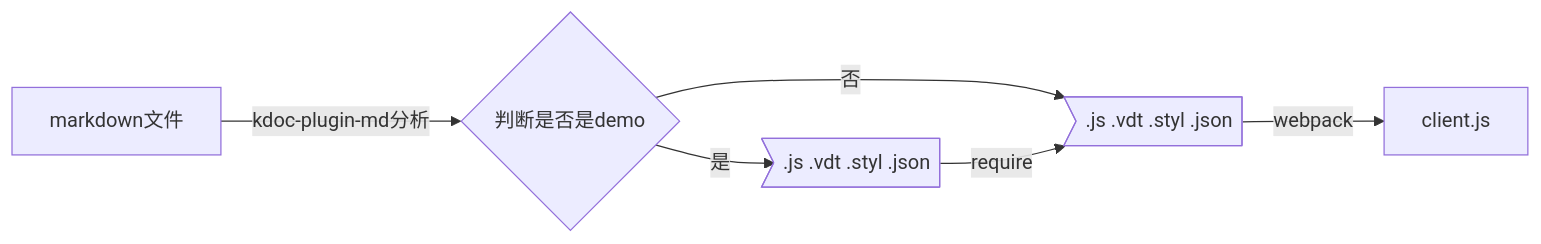
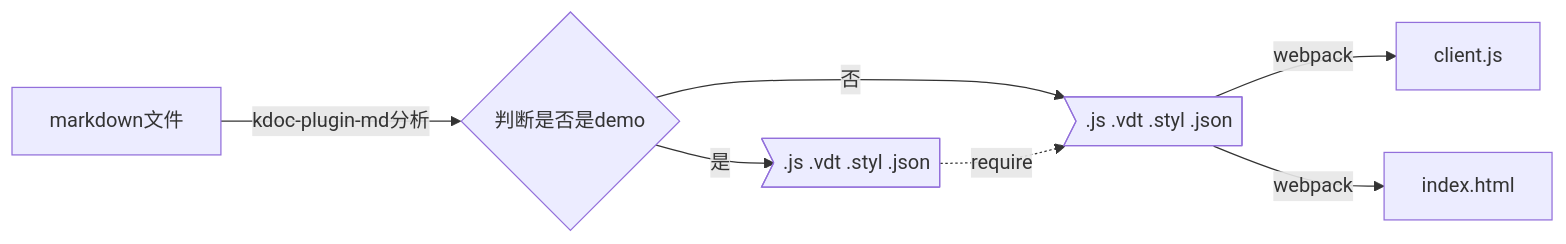
One commit to Manlilili123x3m2c/k2jfm changed the first of 2 diagrams in docs/blogs/design.md. Above: the diagram before and after it, drawn with Mermaid. The commit also changed other lines of this file and 1 other file, not shown here.

```diff
--- a/docs/blogs/design.md
+++ b/docs/blogs/design.md
@@ -292,8 +300,9 @@
 <div class="mermaid">
 graph LR
 	A[markdown文件] --> | kdoc-plugin-md分析 | B{判断是否是demo}
 	B --> | 是 | C>.js .vdt .styl .json]
 	B --> | 否 | D>.js .vdt .styl .json]
-	C --> | require | D
+	C -.-> | require | D
 	D --> | webpack | E[client.js]
+    D --> | webpack | F[index.html]
 </div>
```
